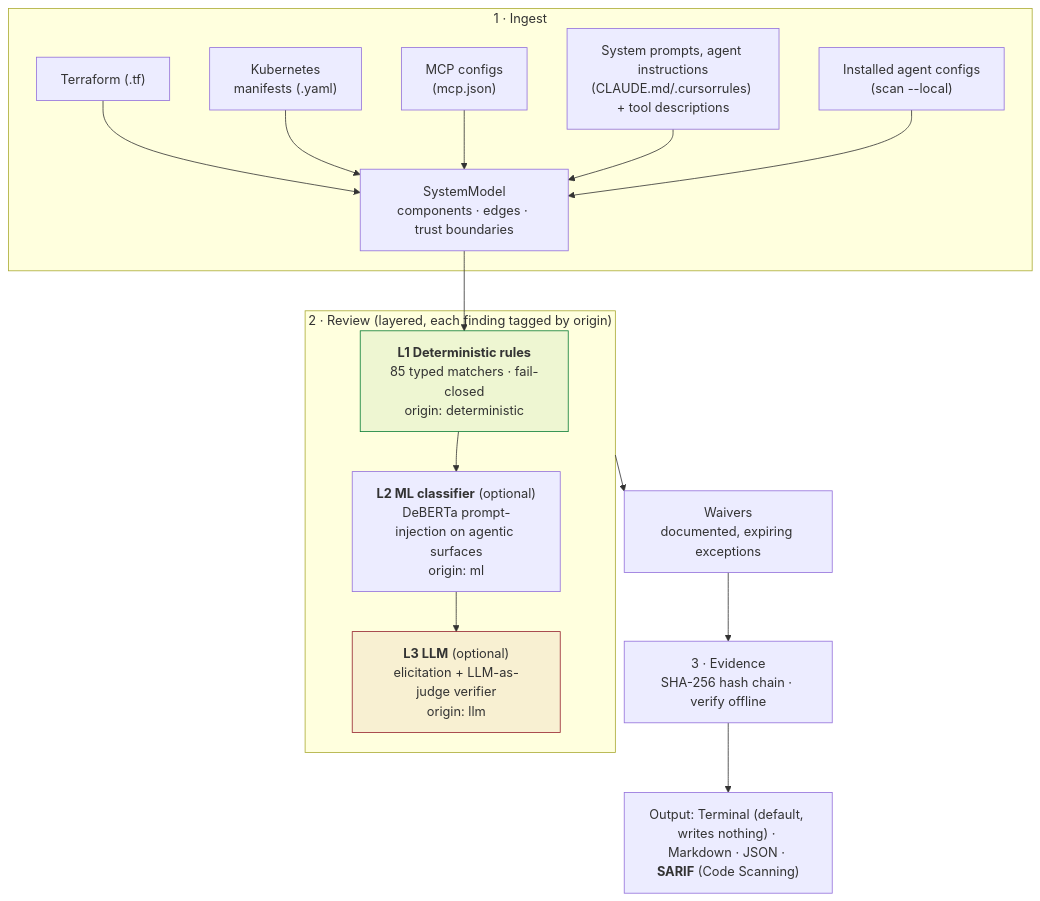
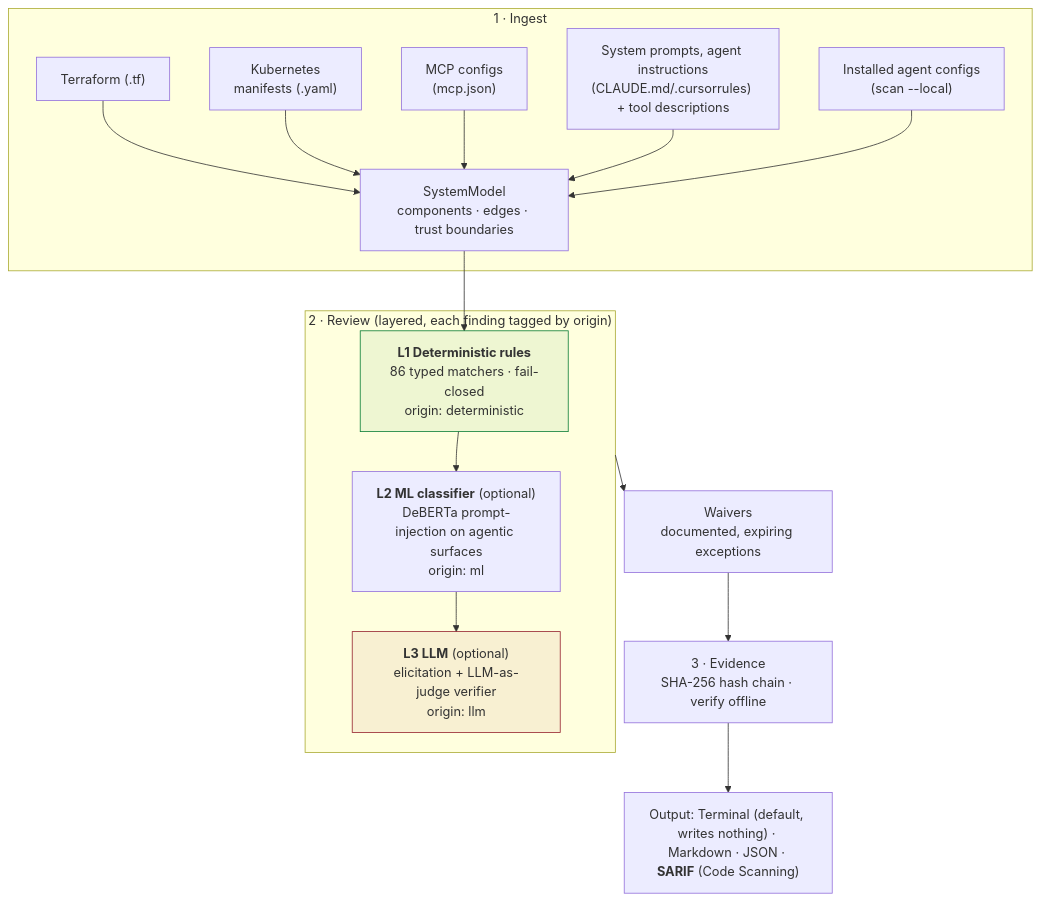
One commit to zeyadalsakhii/attestral changed the first of 4 diagrams in README.md. Above: the diagram before and after it, drawn with Mermaid. The commit also changed other lines of this file and 6 other files, not shown here.

First line of the commit message:
Toxic-flow / taint-path detection (ATL-207): untrusted input -> code execution

````diff
--- a/README.md
+++ b/README.md
@@ -88,23 +88,23 @@
 ```mermaid
 flowchart TB
     subgraph ING["1 · Ingest"]
         TF["Terraform (.tf)"] --> M
         K8S["Kubernetes<br/>manifests (.yaml)"] --> M
         MCP["MCP configs<br/>(mcp.json)"] --> M
         SP["System prompts, agent instructions<br/>(CLAUDE.md/.cursorrules) + tool descriptions"] --> M
         LC["Installed agent configs<br/>(scan --local)"] --> M
         M["SystemModel<br/>components · edges · trust boundaries"]
     end
     M --> L1
     subgraph REV["2 · Review (layered, each finding tagged by origin)"]
-        L1["<b>L1 Deterministic rules</b><br/>85 typed matchers · fail-closed<br/>origin: deterministic"]
+        L1["<b>L1 Deterministic rules</b><br/>86 typed matchers · fail-closed<br/>origin: deterministic"]
         L2["<b>L2 ML classifier</b> (optional)<br/>DeBERTa prompt-injection on agentic surfaces<br/>origin: ml"]
         L3["<b>L3 LLM</b> (optional)<br/>elicitation + LLM-as-judge verifier<br/>origin: llm"]
         L1 --> L2 --> L3
     end
     REV --> W["Waivers<br/>documented, expiring exceptions"]
     W --> EV["3 · Evidence<br/>SHA-256 hash chain · verify offline"]
     EV --> OUT["Output: Terminal (default, writes nothing) · Markdown · JSON · <b>SARIF</b> (Code Scanning)"]
     style L1 fill:#0a7d3611,stroke:#0a7d36
     style L3 fill:#96222E11,stroke:#96222E
 ```
````
